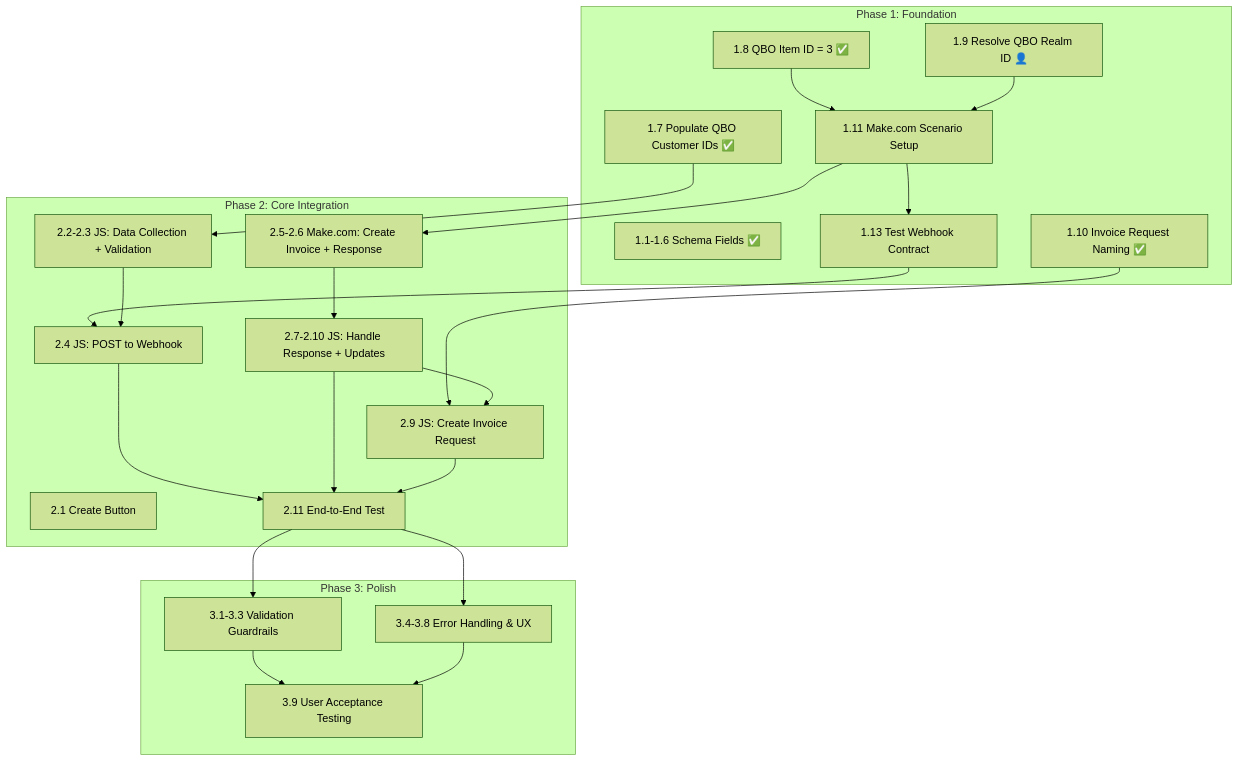
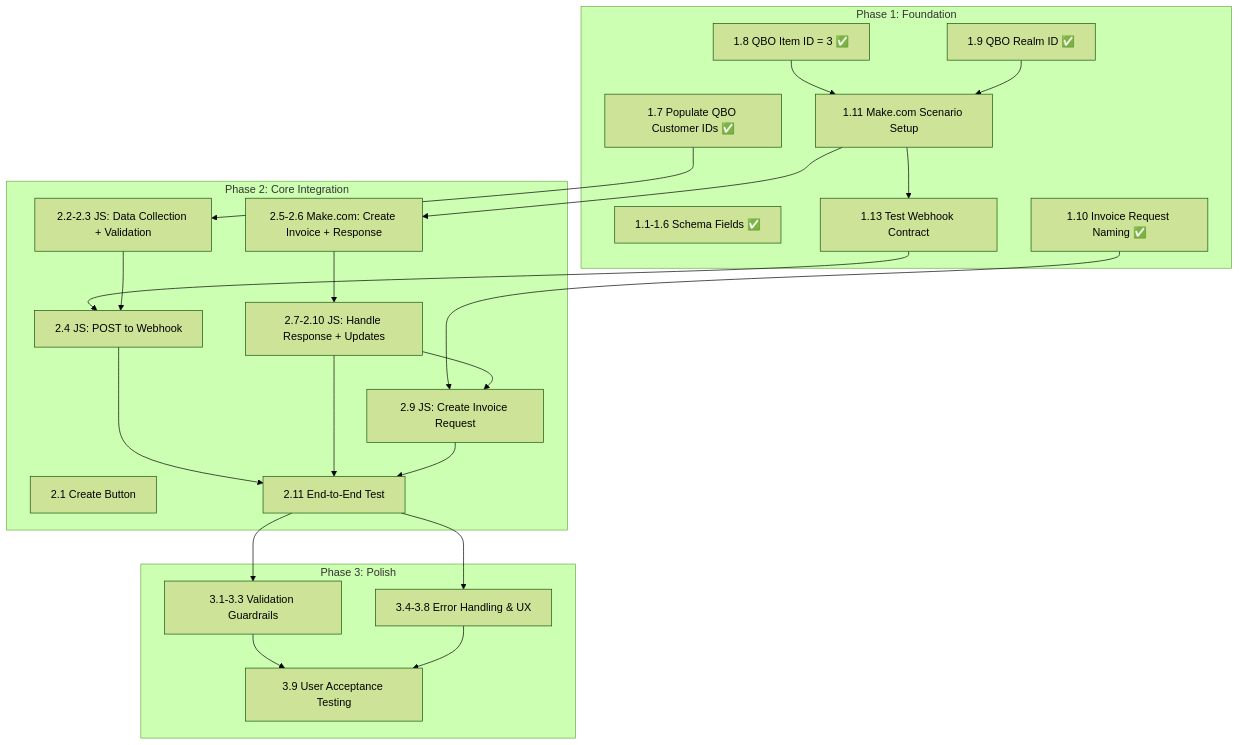
The diagram in IMPLEMENTATION-PLAN.md (bernardw01/FiberyQBOIntegration), drawn with Mermaid (forest theme) before and after one commit. The commit also changed other lines of this file and 1 other file, not shown here.

````diff
--- a/IMPLEMENTATION-PLAN.md
+++ b/IMPLEMENTATION-PLAN.md
@@ -108,46 +108,46 @@
 ```mermaid
 graph TD
     subgraph "Phase 1: Foundation"
         A1[1.1-1.6 Schema Fields ✅]
         A7[1.7 Populate QBO Customer IDs ✅]
         A8[1.8 QBO Item ID = 3 ✅]
-        A9[1.9 Resolve QBO Realm ID 👤]
+        A9[1.9 QBO Realm ID ✅]
         A10[1.10 Invoice Request Naming ✅]
         A11[1.11 Make.com Scenario Setup]
         A13[1.13 Test Webhook Contract]
     end
 
     subgraph "Phase 2: Core Integration"
         B1[2.1 Create Button]
         B2[2.2-2.3 JS: Data Collection + Validation]
         B4[2.4 JS: POST to Webhook]
         B5[2.5-2.6 Make.com: Create Invoice + Response]
         B7[2.7-2.10 JS: Handle Response + Updates]
         B9[2.9 JS: Create Invoice Request]
         B11[2.11 End-to-End Test]
     end
 
     subgraph "Phase 3: Polish"
         C1[3.1-3.3 Validation Guardrails]
         C4[3.4-3.8 Error Handling & UX]
         C9[3.9 User Acceptance Testing]
     end
 
     A8 --> A11
     A9 --> A11
     A11 --> A13
     A7 --> B2
     A13 --> B4
     A11 --> B5
     A10 --> B9
     B2 --> B4
     B5 --> B7
     B7 --> B9
     B4 --> B11
     B7 --> B11
     B9 --> B11
     B11 --> C1
     B11 --> C4
     C1 --> C9
     C4 --> C9
 ```
````
